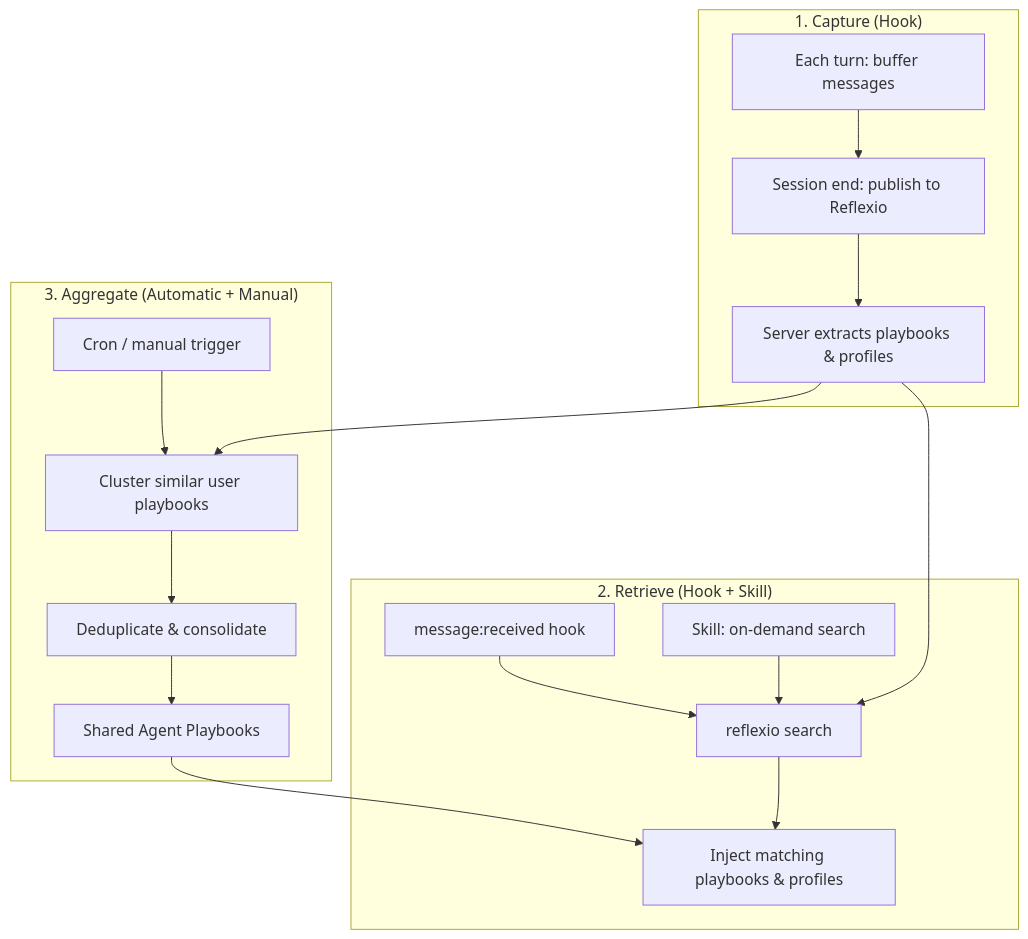
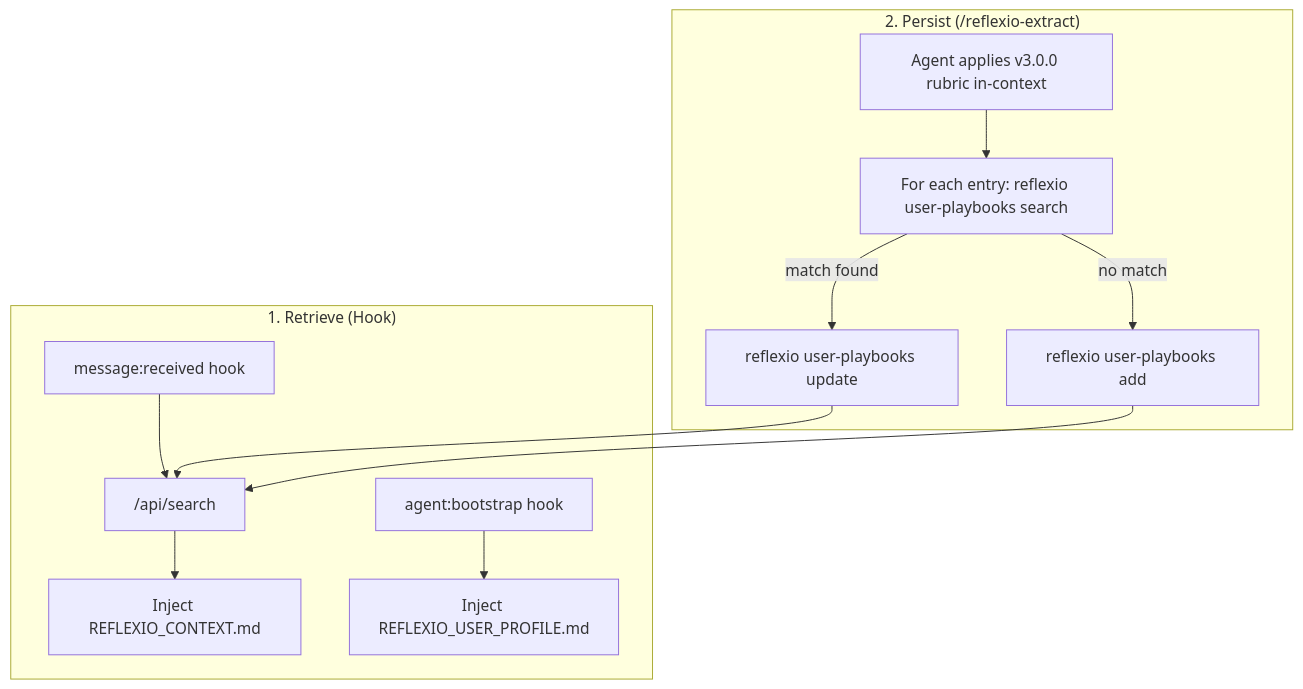
The diagram in reflexio/integrations/openclaw/README.md (c6zks4gssn-droid/reflexio), drawn with Mermaid before and after one commit. The commit also changed other lines of this file and 13 other files, not shown here.

````diff
--- a/reflexio/integrations/openclaw/README.md
+++ b/reflexio/integrations/openclaw/README.md
@@ -21,23 +19,17 @@
 ```mermaid
 flowchart TD
-    subgraph "1. Capture (Hook)"
-        C1["Each turn: buffer messages"] --> C2["Session end: publish to Reflexio"]
-        C2 --> C3["Server extracts playbooks & profiles"]
+    subgraph "1. Retrieve (Hook)"
+        R1["message:received hook"] --> R2["/api/search"]
+        R2 --> R3["Inject REFLEXIO_CONTEXT.md"]
+        R4["agent:bootstrap hook"] --> R5["Inject REFLEXIO_USER_PROFILE.md"]
     end
 
-    subgraph "2. Retrieve (Hook + Skill)"
-        R1["message:received hook"] --> R2["reflexio search"]
-        R2 --> R3["Inject matching playbooks & profiles"]
-        R4["Skill: on-demand search"] --> R2
+    subgraph "2. Persist (/reflexio-extract)"
+        P1["Agent applies v3.0.0 rubric in-context"] --> P2["For each entry: reflexio user-playbooks search"]
+        P2 -->|match found| P3["reflexio user-playbooks update"]
+        P2 -->|no match| P4["reflexio user-playbooks add"]
     end
 
-    subgraph "3. Aggregate (Automatic + Manual)"
-        A1["Cluster similar user playbooks"] --> A2["Deduplicate & consolidate"]
-        A2 --> A3["Shared Agent Playbooks"]
-        A4["Cron / manual trigger"] --> A1
-    end
-
-    C3 --> R2
-    C3 --> A1
-    A3 --> R3
+    P3 --> R2
+    P4 --> R2
 ```
````
